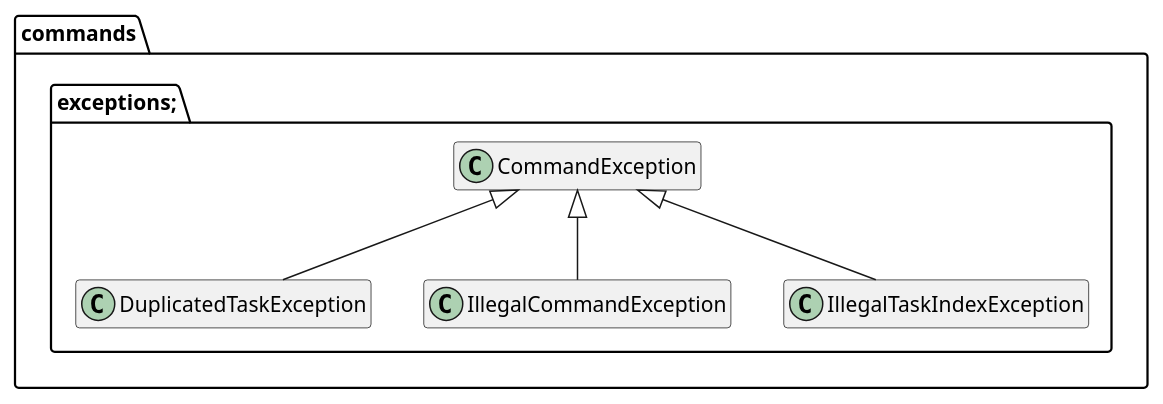
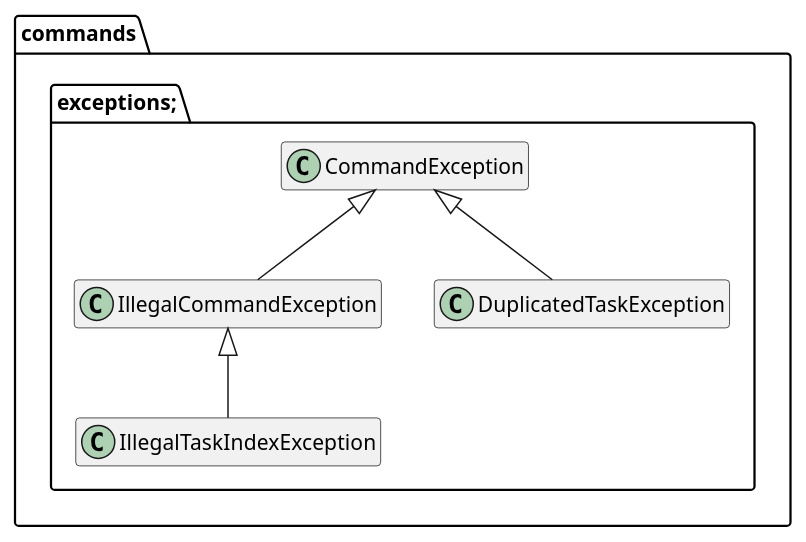
Before and after one commit to seantehds/tp: the diagram in docs/diagrams/exceptions/CommandExceptionDiagram.puml, drawn with PlantUML. The commit also changed 8 other files, not shown here.

```diff
--- a/docs/diagrams/exceptions/CommandExceptionDiagram.puml
+++ b/docs/diagrams/exceptions/CommandExceptionDiagram.puml
@@ -1,14 +1,14 @@
 @startuml
 package commands.exceptions;{
     class CommandException
     class DuplicatedTaskException
     class IllegalCommandException
     class IllegalTaskIndexException
 
     DuplicatedTaskException -up-|> CommandException
     IllegalCommandException -up-|> CommandException
-    IllegalTaskIndexException -up-|> CommandException
+    IllegalTaskIndexException -up-|> IllegalCommandException
 
     hide members
 }
-@end
+@enduml
```
